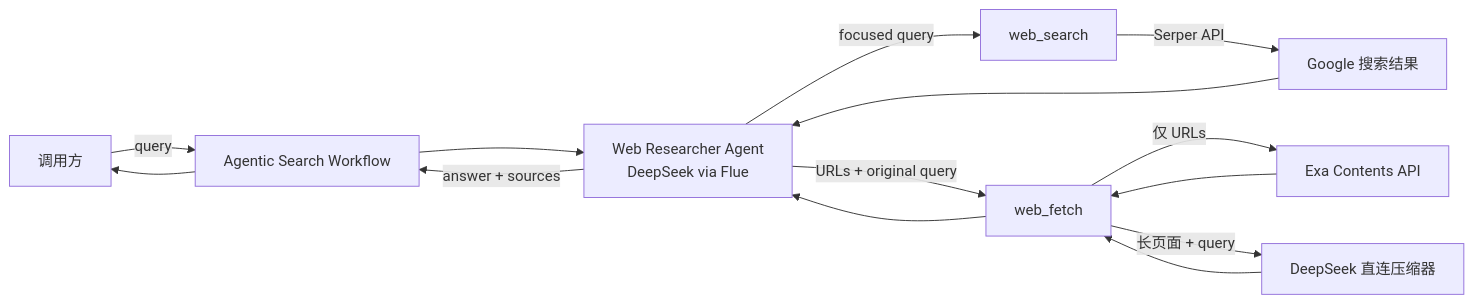
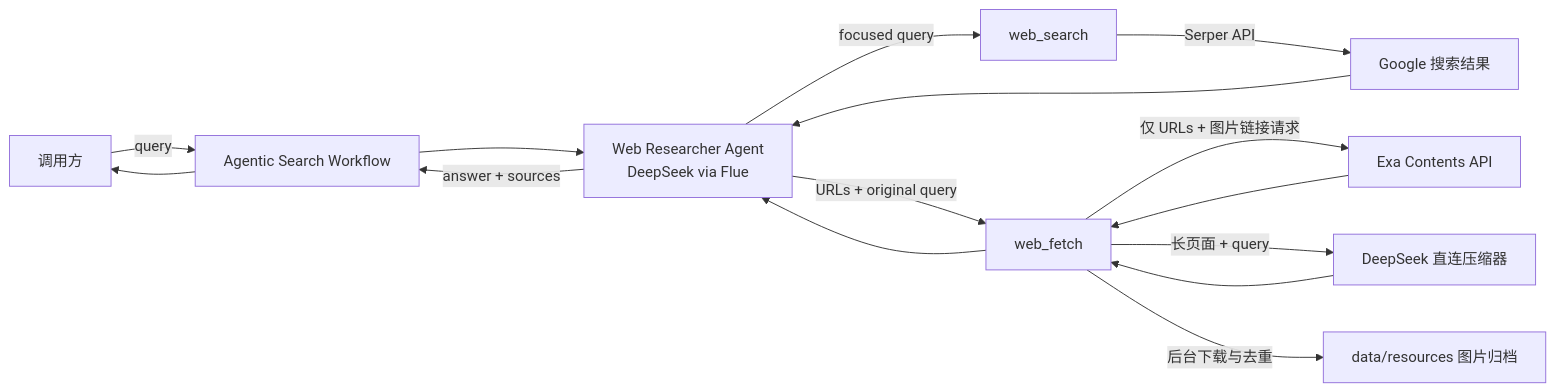
One commit to Hor1zonZzz/letmeSearch changed the diagram in docs/AGENTIC_SEARCH_DESIGN.md. Above: the diagram before and after it, drawn with Mermaid. The commit also changed other lines of this file and 5 other files, not shown here.

````diff
--- a/docs/AGENTIC_SEARCH_DESIGN.md
+++ b/docs/AGENTIC_SEARCH_DESIGN.md
@@ -21,16 +22,17 @@
 ```mermaid
 flowchart LR
     U[调用方] -->|query| W[Agentic Search Workflow]
     W --> A[Web Researcher Agent\nDeepSeek via Flue]
     A -->|focused query| S[web_search]
     S -->|Serper API| G[Google 搜索结果]
     A -->|URLs + original query| F[web_fetch]
-    F -->|仅 URLs| E[Exa Contents API]
+    F -->|仅 URLs + 图片链接请求| E[Exa Contents API]
     F -->|长页面 + query| C[DeepSeek 直连压缩器]
+    F -->|后台下载与去重| R[data/resources 图片归档]
     G --> A
     E --> F
     C --> F
     F --> A
     A -->|answer + sources| W
     W --> U
 ```
````
